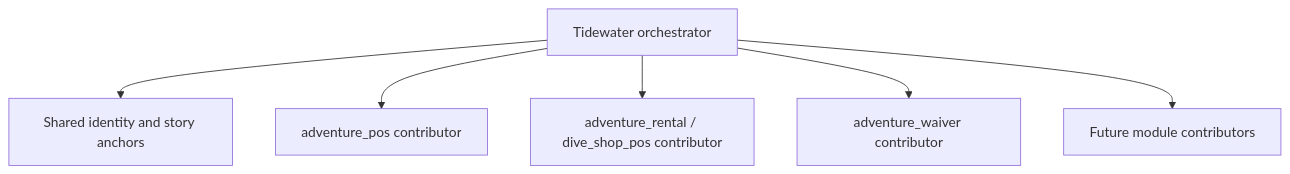
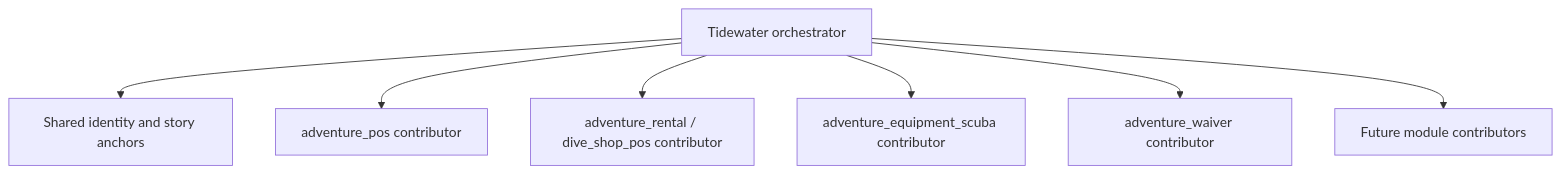
One commit to bsileo/adventure-pos-odoo changed the diagram in docs/architecture/tidewater-demo-seed.md. Above: the diagram before and after it, drawn with Mermaid. The commit also changed other lines of this file and 12 other files, not shown here.

First line of the commit message:
feat(equipment): Tidewater package + Apps flag for scuba

````diff
--- a/docs/architecture/tidewater-demo-seed.md
+++ b/docs/architecture/tidewater-demo-seed.md
@@ -22,15 +22,17 @@
 ```mermaid
 flowchart TD
   orch[Tidewater orchestrator]
   id[Shared identity and story anchors]
   pos[adventure_pos contributor]
   rental[adventure_rental / dive_shop_pos contributor]
+  equip[adventure_equipment_scuba contributor]
   waiver[adventure_waiver contributor]
   future[Future module contributors]
 
   orch --> id
   orch --> pos
   orch --> rental
+  orch --> equip
   orch --> waiver
   orch --> future
 ```
````
